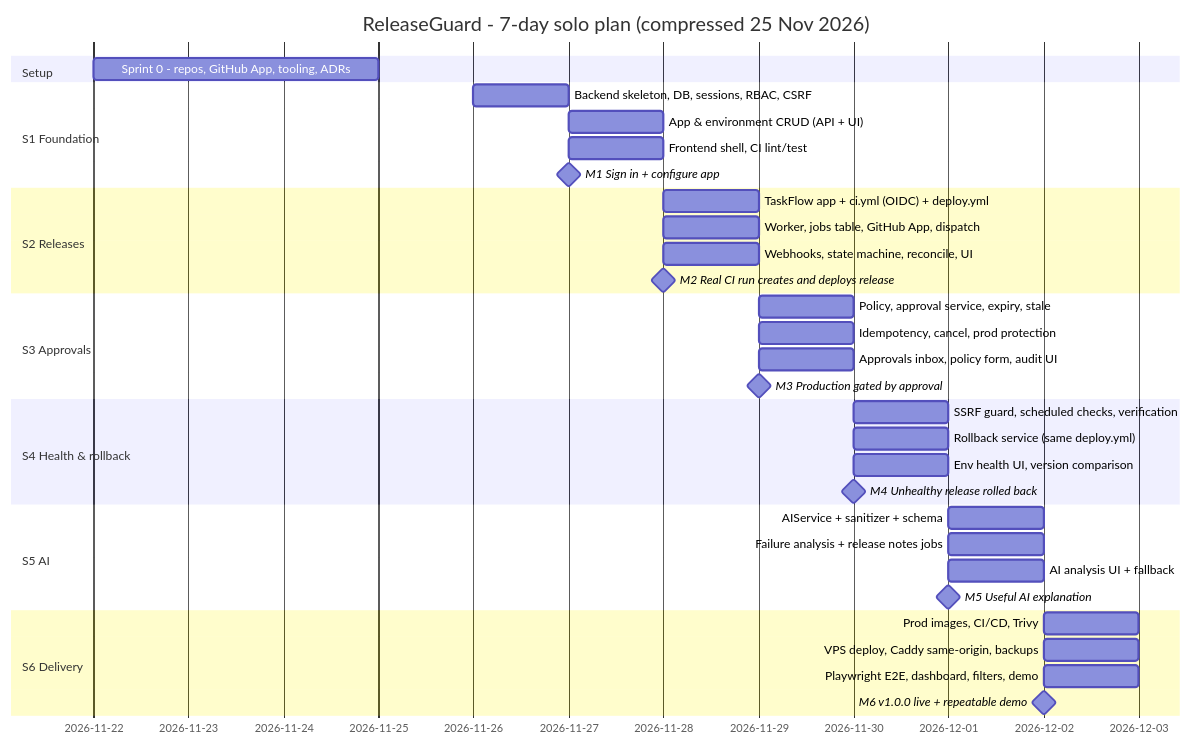
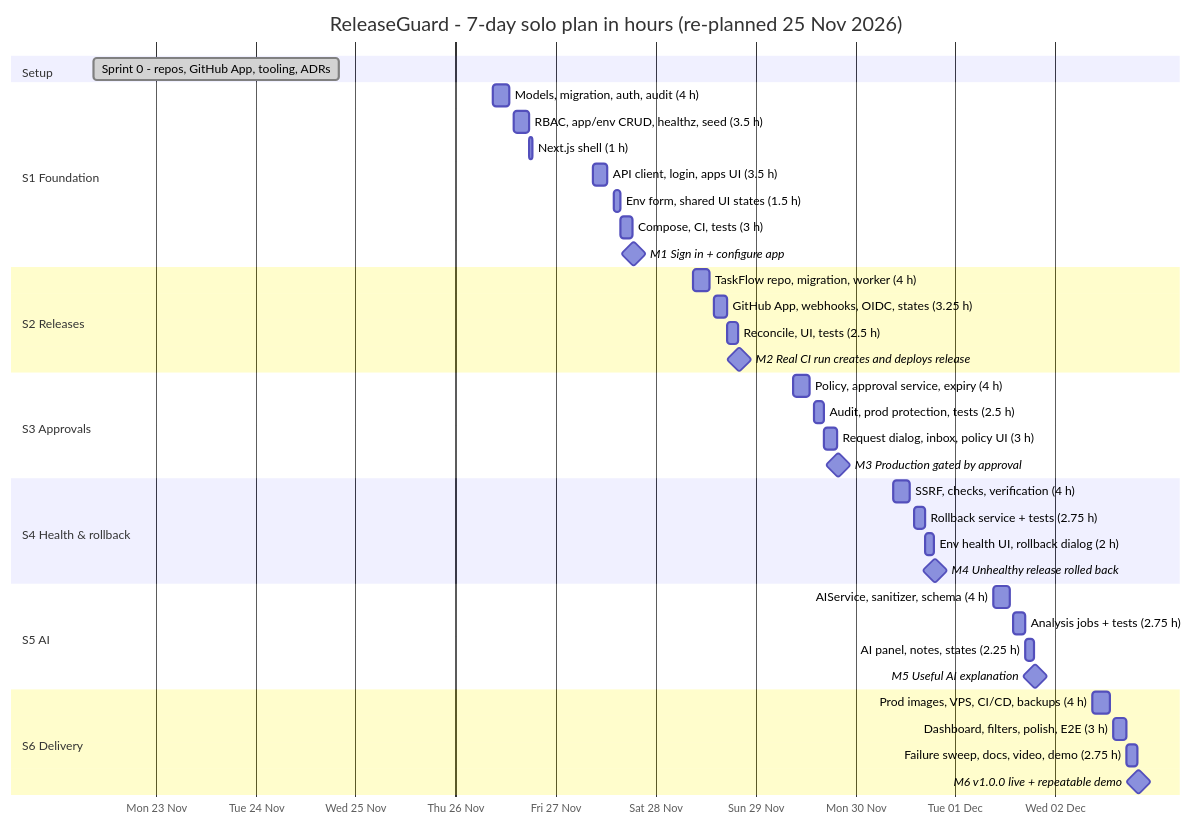
Before and after one commit to hamdounisabri1/releaseguard: the diagram in docs/PROJECT_PLAN.md, drawn with Mermaid. The commit also changed other lines of this file and 4 other files, not shown here.

First line of the commit message:
docs(docs): re-plan the 7-day schedule in hours so it fits (#11)

````diff
--- a/docs/PROJECT_PLAN.md
+++ b/docs/PROJECT_PLAN.md
@@ -51,44 +53,48 @@
 ```mermaid
 gantt
-    title ReleaseGuard - 7-day solo plan (compressed 25 Nov 2026)
-    dateFormat  YYYY-MM-DD
+    title ReleaseGuard - 7-day solo plan in hours (re-planned 25 Nov 2026)
+    dateFormat  YYYY-MM-DD HH:mm
+    axisFormat  %a %d %b
 
     section Setup
-    Sprint 0 - repos, GitHub App, tooling, ADRs :s0, 2026-11-22, 2026-11-25
+    Sprint 0 - repos, GitHub App, tooling, ADRs :done, s0, 2026-11-22 09:00, 2026-11-24 20:00
 
     section S1 Foundation
-    Backend skeleton, DB, sessions, RBAC, CSRF :s1a, 2026-11-26, 1d
-    App & environment CRUD (API + UI)          :s1b, after s1a, 1d
-    Frontend shell, CI lint/test               :s1c, 2026-11-27, 1d
-    M1 Sign in + configure app                 :milestone, m1, 2026-11-27, 0d
+    Models, migration, auth, audit (4 h)       :s1a, 2026-11-26 09:00, 4h
+    RBAC, app/env CRUD, healthz, seed (3.5 h)  :s1b, 2026-11-26 14:00, 3.5h
+    Next.js shell (1 h)                        :s1c, 2026-11-26 17:30, 1h
+    API client, login, apps UI (3.5 h)         :s1d, 2026-11-27 09:00, 3.5h
+    Env form, shared UI states (1.5 h)         :s1e, 2026-11-27 14:00, 1.5h
+    Compose, CI, tests (3 h)                   :s1f, 2026-11-27 15:30, 3h
+    M1 Sign in + configure app                 :milestone, m1, 2026-11-27 18:45, 0h
 
     section S2 Releases
-    TaskFlow app + ci.yml (OIDC) + deploy.yml  :s2a, 2026-11-28, 1d
-    Worker, jobs table, GitHub App, dispatch   :s2b, 2026-11-28, 1d
-    Webhooks, state machine, reconcile, UI     :s2c, 2026-11-28, 1d
-    M2 Real CI run creates and deploys release :milestone, m2, 2026-11-28, 0d
+    TaskFlow repo, migration, worker (4 h)     :s2a, 2026-11-28 09:00, 4h
+    GitHub App, webhooks, OIDC, states (3.25 h):s2b, 2026-11-28 14:00, 3.25h
+    Reconcile, UI, tests (2.5 h)               :s2c, 2026-11-28 17:15, 2.5h
+    M2 Real CI run creates and deploys release :milestone, m2, 2026-11-28 20:00, 0h
 
     section S3 Approvals
-    Policy, approval service, expiry, stale    :s3a, 2026-11-29, 1d
-    Idempotency, cancel, prod protection       :s3b, 2026-11-29, 1d
-    Approvals inbox, policy form, audit UI     :s3c, 2026-11-29, 1d
-    M3 Production gated by approval            :milestone, m3, 2026-11-29, 0d
+    Policy, approval service, expiry (4 h)     :s3a, 2026-11-29 09:00, 4h
+    Audit, prod protection, tests (2.5 h)      :s3b, 2026-11-29 14:00, 2.5h
+    Request dialog, inbox, policy UI (3 h)     :s3c, 2026-11-29 16:30, 3h
+    M3 Production gated by approval            :milestone, m3, 2026-11-29 19:45, 0h
 
     section S4 Health & rollback
-    SSRF guard, scheduled checks, verification :s4a, 2026-11-30, 1d
-    Rollback service (same deploy.yml)         :s4b, 2026-11-30, 1d
-    Env health UI, version comparison          :s4c, 2026-11-30, 1d
-    M4 Unhealthy release rolled back           :milestone, m4, 2026-11-30, 0d
+    SSRF, checks, verification (4 h)           :s4a, 2026-11-30 09:00, 4h
+    Rollback service + tests (2.75 h)          :s4b, 2026-11-30 14:00, 2.75h
+    Env health UI, rollback dialog (2 h)       :s4c, 2026-11-30 16:45, 2h
+    M4 Unhealthy release rolled back           :milestone, m4, 2026-11-30 19:00, 0h
 
     section S5 AI
-    AIService + sanitizer + schema             :s5a, 2026-12-01, 1d
-    Failure analysis + release notes jobs      :s5b, 2026-12-01, 1d
-    AI analysis UI + fallback                  :s5c, 2026-12-01, 1d
-    M5 Useful AI explanation                   :milestone, m5, 2026-12-01, 0d
+    AIService, sanitizer, schema (4 h)         :s5a, 2026-12-01 09:00, 4h
+    Analysis jobs + tests (2.75 h)             :s5b, 2026-12-01 14:00, 2.75h
+    AI panel, notes, states (2.25 h)           :s5c, 2026-12-01 16:45, 2.25h
+    M5 Useful AI explanation                   :milestone, m5, 2026-12-01 19:15, 0h
 
     section S6 Delivery
-    Prod images, CI/CD, Trivy                  :s6a, 2026-12-02, 1d
-    VPS deploy, Caddy same-origin, backups     :s6b, 2026-12-02, 1d
-    Playwright E2E, dashboard, filters, demo   :s6c, 2026-12-02, 1d
-    M6 v1.0.0 live + repeatable demo           :milestone, m6, 2026-12-02, 0d
+    Prod images, VPS, CI/CD, backups (4 h)     :s6a, 2026-12-02 09:00, 4h
+    Dashboard, filters, polish, E2E (3 h)      :s6b, 2026-12-02 14:00, 3h
+    Failure sweep, docs, video, demo (2.75 h)  :s6c, 2026-12-02 17:00, 2.75h
+    M6 v1.0.0 live + repeatable demo           :milestone, m6, 2026-12-02 20:00, 0h
 ```
````
